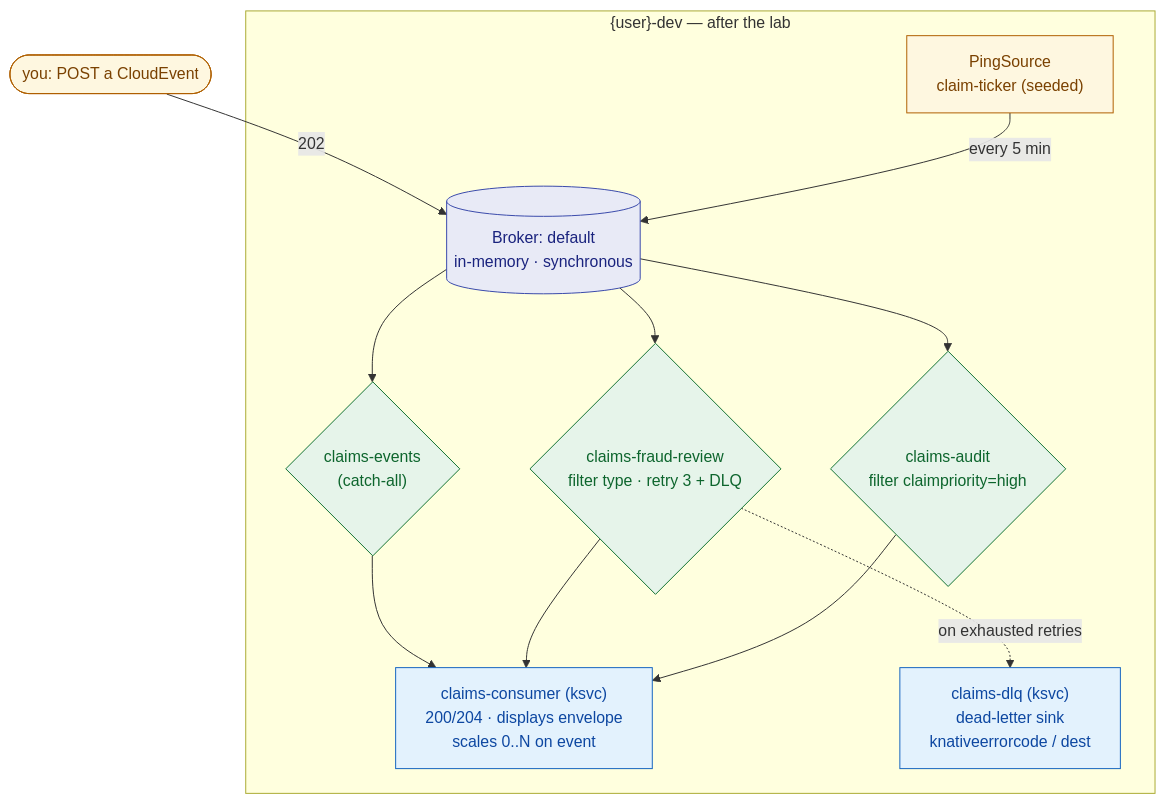
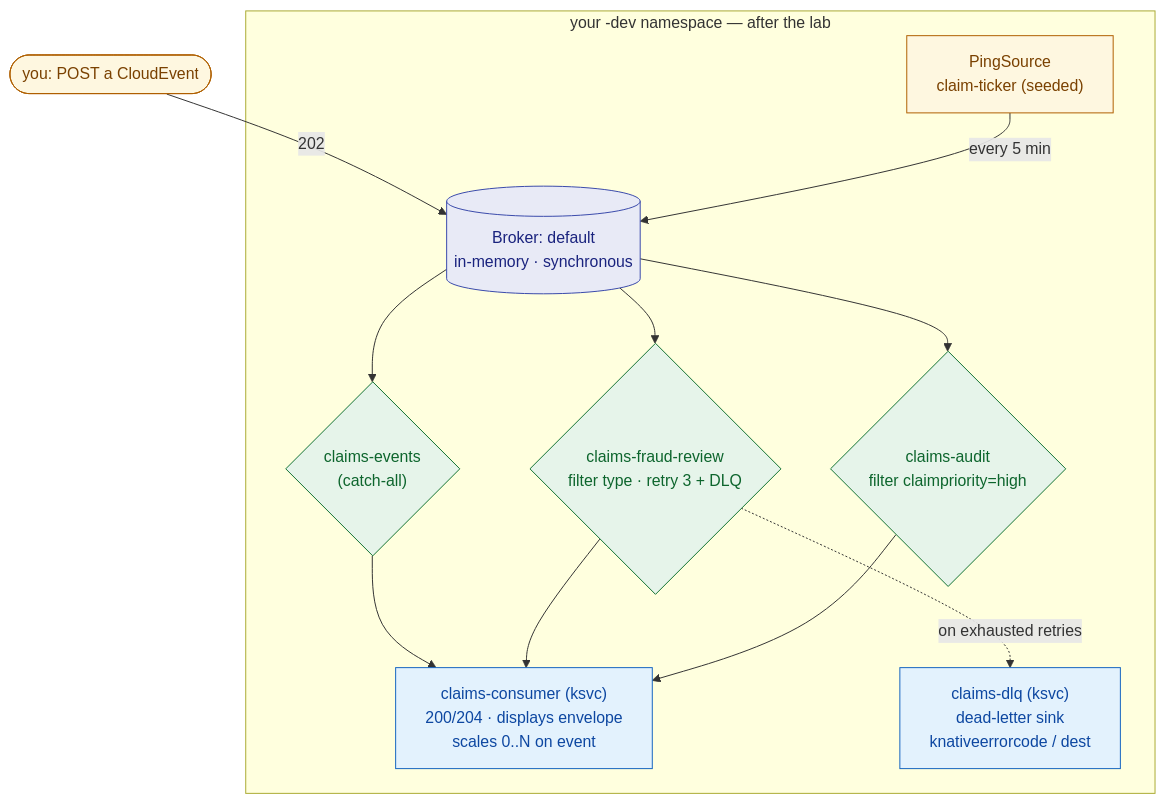
One commit to serhat-dirik/OCP-Getting-Started-Revamped changed the diagram in content/modules/ROOT/examples/diagrams/eventing-deep-dive/03-what-you-built.mmd. Above: the diagram before and after it, drawn with Mermaid. The commit also changed 10 other files, not shown here.

First line of the commit message:
fix(diagrams): five diagrams have been showing attendees literal {user} since 18 Jul

```diff
--- a/content/modules/ROOT/examples/diagrams/eventing-deep-dive/03-what-you-built.mmd
+++ b/content/modules/ROOT/examples/diagrams/eventing-deep-dive/03-what-you-built.mmd
@@ -1,21 +1,21 @@
 graph TB
-  subgraph ns["{user}-dev — after the lab"]
+  subgraph ns["your -dev namespace — after the lab"]
     src["PingSource<br/>claim-ticker (seeded)"]
     broker[("Broker: default<br/>in-memory · synchronous")]
     t1{"claims-events<br/>(catch-all)"}
     t2{"claims-fraud-review<br/>filter type · retry 3 + DLQ"}
     t3{"claims-audit<br/>filter claimpriority=high"}
     consumer["claims-consumer (ksvc)<br/>200/204 · displays envelope<br/>scales 0..N on event"]
     dlq["claims-dlq (ksvc)<br/>dead-letter sink<br/>knativeerrorcode / dest"]
   end
   you(["you: POST a CloudEvent"]) -->|"202"| broker
   src -->|"every 5 min"| broker
   broker --> t1 --> consumer
   broker --> t2 --> consumer
   t2 -.->|"on exhausted retries"| dlq
   broker --> t3 --> consumer
   classDef src fill:#fef7e0,stroke:#b06000,color:#7a4100;
   classDef hub fill:#e8eaf6,stroke:#3949ab,color:#1a237e;
   classDef trig fill:#e6f4ea,stroke:#137333,color:#0d652d;
   classDef sink fill:#e3f2fd,stroke:#1565c0,color:#0d47a1;
   class src,you src; class broker hub; class t1,t2,t3 trig; class consumer,dlq sink;
```
